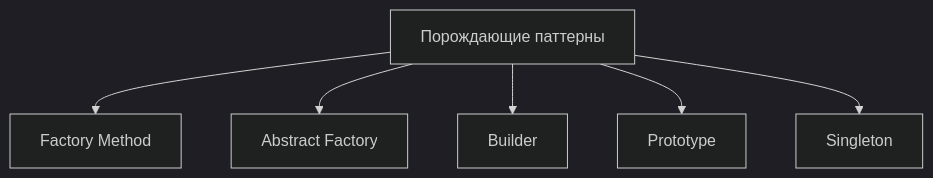
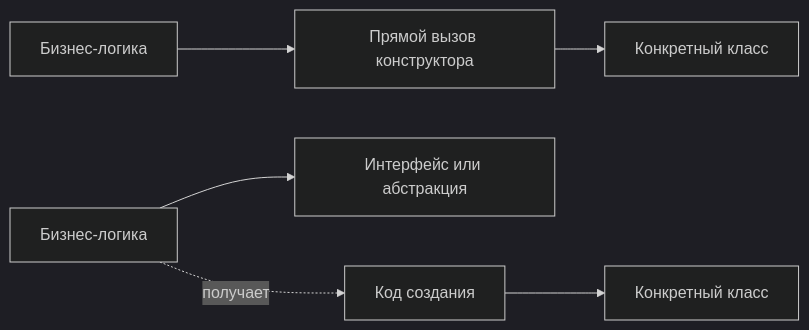
One commit to Kert0n/KPO changed the second of 15 diagrams in lectures/Lec4/vitepress.md. Above: the diagram before and after it, drawn with Mermaid (dark theme). The commit also changed other lines of this file and 3 other files, not shown here.

````diff
--- a/lectures/Lec4/vitepress.md
+++ b/lectures/Lec4/vitepress.md
@@ -62,8 +106,9 @@
 ```mermaid
-flowchart TD
-    Creational[Порождающие паттерны] --> FactoryMethod[Factory Method]
-    Creational --> AbstractFactory[Abstract Factory]
-    Creational --> Builder[Builder]
-    Creational --> Prototype[Prototype]
-    Creational --> Singleton[Singleton]
+flowchart LR
+  Before[Бизнес-логика] --> New[Прямой вызов конструктора]
+  New --> Concrete[Конкретный класс]
+
+  After[Бизнес-логика] --> Abstraction[Интерфейс или абстракция]
+  Factory[Код создания] --> Concrete2[Конкретный класс]
+  After -. получает .-> Factory
 ```
````
